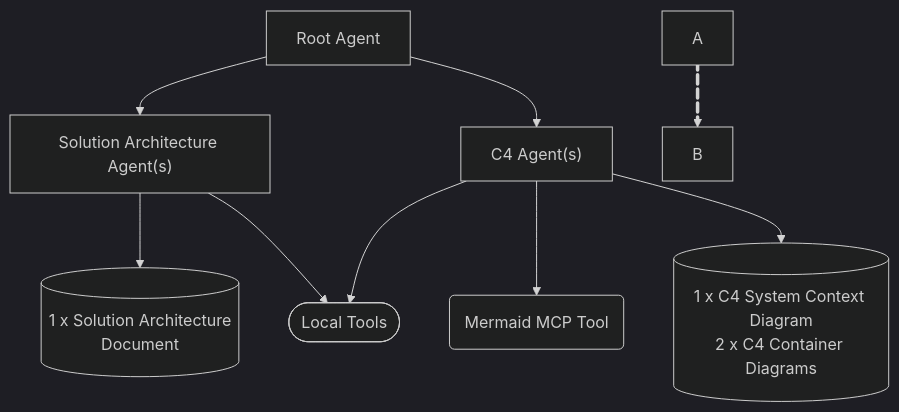
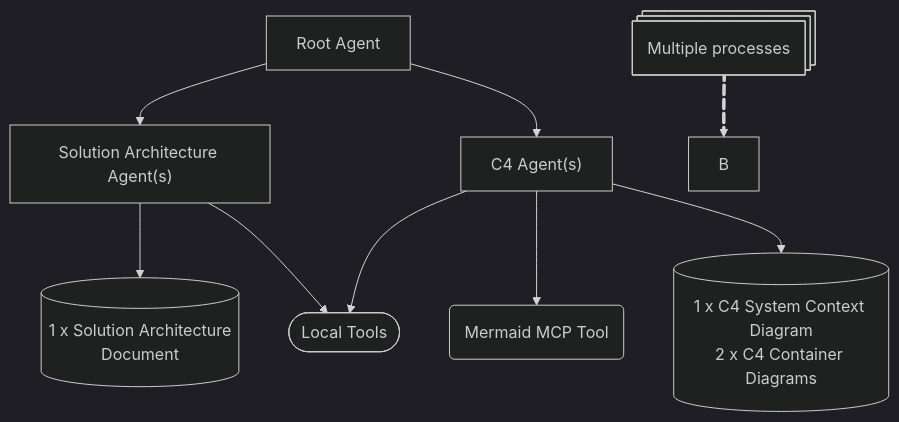
One commit to choonchernlim/keep-my-job-app changed the diagram in README.md. Above: the diagram before and after it, drawn with Mermaid (dark theme).

Commit message:
Remove unnecessary video link from README.md

````diff
--- a/README.md
+++ b/README.md
@@ -20,13 +20,14 @@
 ```mermaid
 graph TD
     RA[Root Agent] --> SA["Solution Architecture Agent(s)"];
     RA --> C4["C4 Agent(s)"];
     SA --> MK[(1 x Solution Architecture\nDocument)]
     SA --> LT([Local Tools]);
     C4 --> LT;
     C4 --> MCPT(Mermaid MCP Tool);
     C4 --> C4D[(1 x C4 System Context Diagram\n2 x C4 Container Diagrams)];
 
+    A@{ shape: processes, label: "Multiple processes" }
     A e1@==> B
     e1@{ animate: true }
 ```
````
